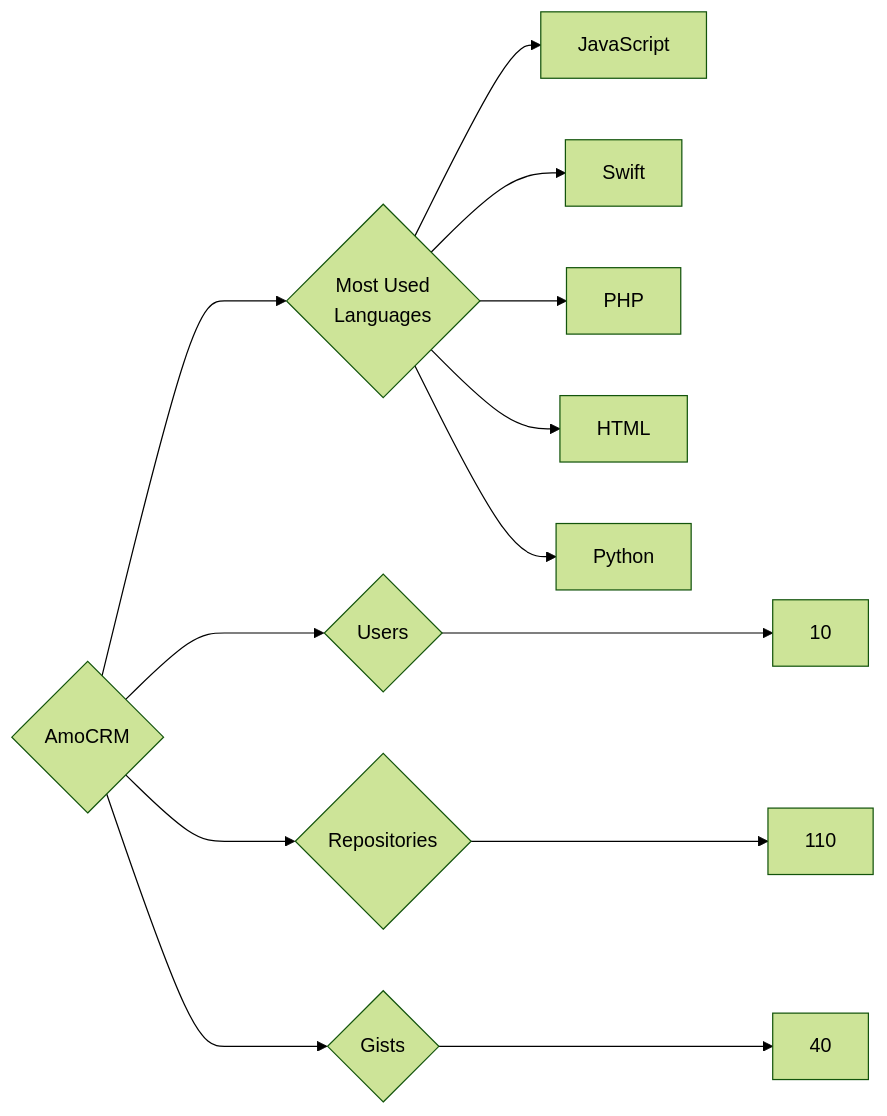
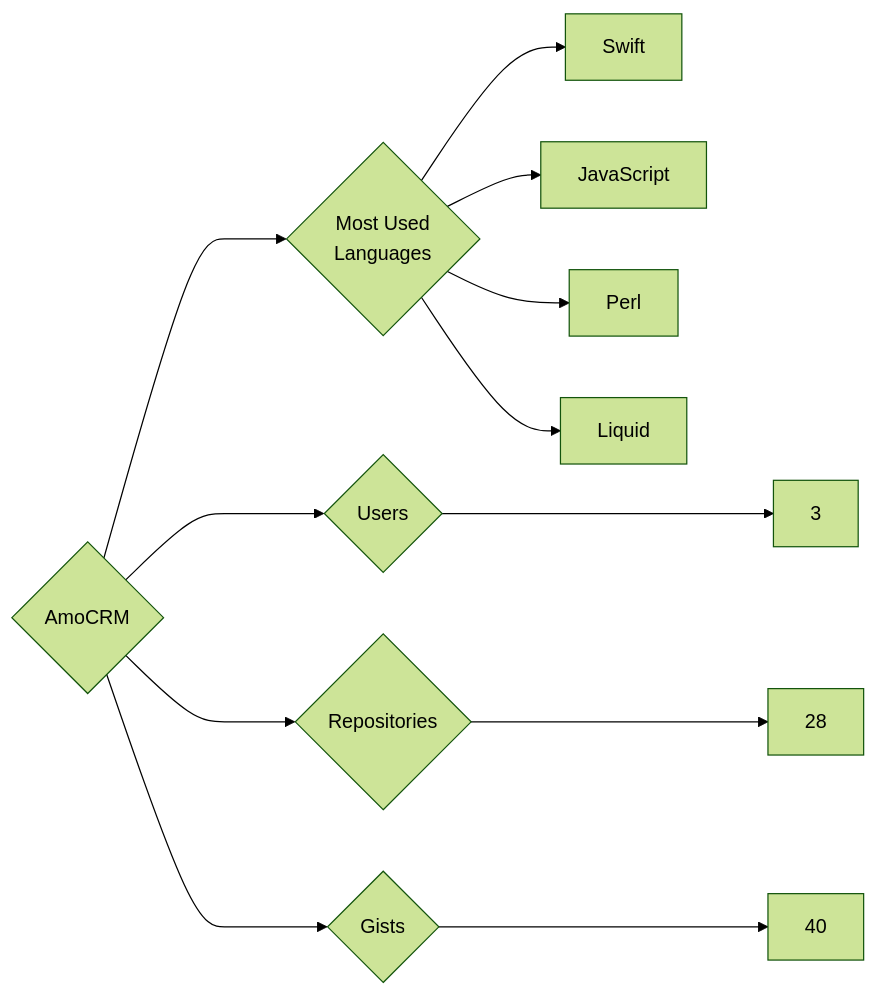
The diagram in targets/AmoCRM/README.md (trickest/insiders), drawn with Mermaid (forest theme) before and after one commit. The commit also changed 872 other files, not shown here.

````diff
--- a/targets/AmoCRM/README.md
+++ b/targets/AmoCRM/README.md
@@ -3,13 +3,12 @@
 ```mermaid
 graph LR
 COMPANY_NAME{AmoCRM}
-COMPANY_NAME ---> U{Users} ---> UN[10]
-COMPANY_NAME ---> R{Repositories} ---> RN[110]
+COMPANY_NAME ---> U{Users} ---> UN[3]
+COMPANY_NAME ---> R{Repositories} ---> RN[28]
 COMPANY_NAME ---> G{Gists} ---> GN[40]
 COMPANY_NAME ---> ML{Most Used<br>Languages}
+ML --> Swift[Swift]
 ML --> JavaScript[JavaScript]
-ML --> Swift[Swift]
-ML --> PHP[PHP]
-ML --> HTML[HTML]
-ML --> Python[Python]
+ML --> Perl[Perl]
+ML --> Liquid[Liquid]
 ```
````
